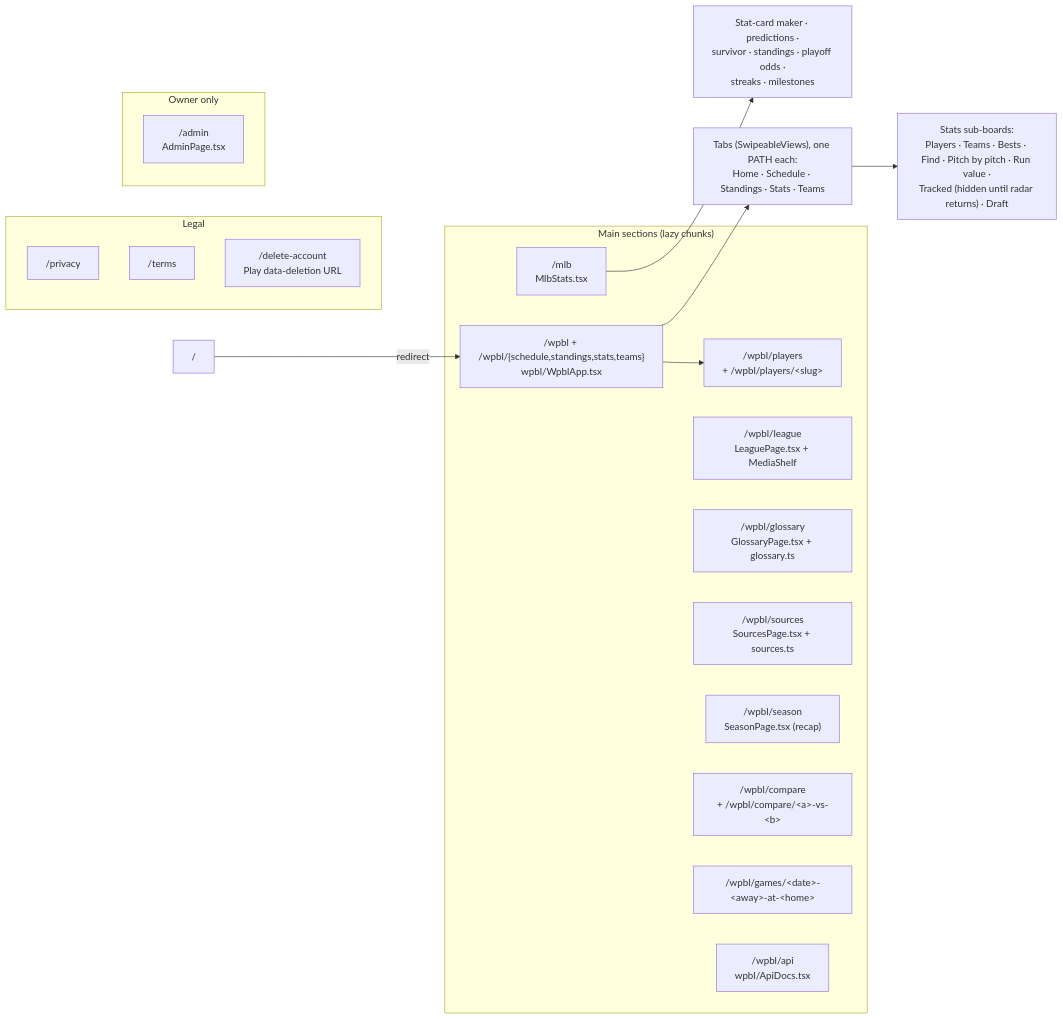
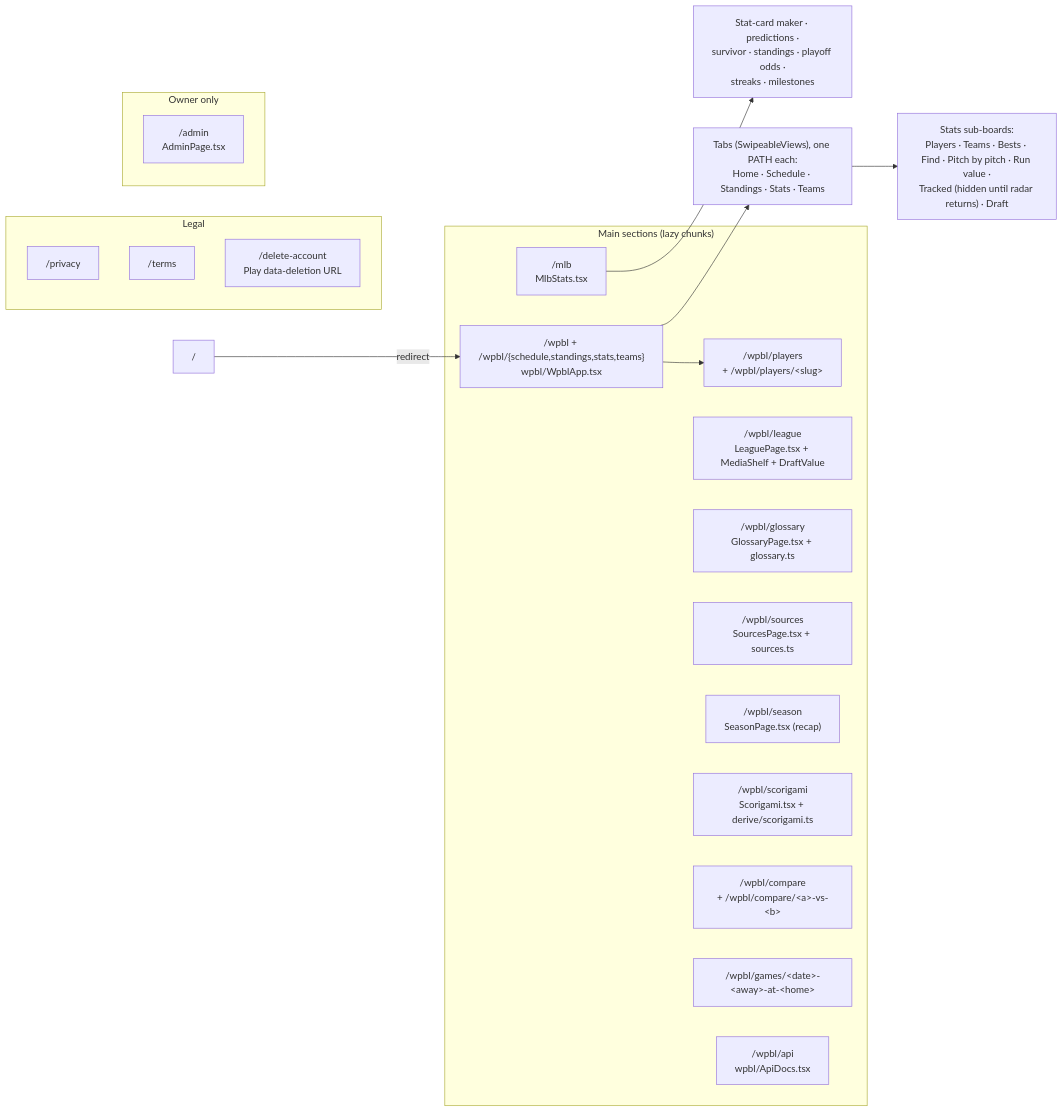
The second of 5 diagrams in ARCHITECTURE.md (sportydolphin/fun), drawn with Mermaid before and after one commit. The commit also changed 15 other files, not shown here.

First line of the commit message:
wpbl: Scorigami page, and move the draft-value model off Stats

````diff
--- a/ARCHITECTURE.md
+++ b/ARCHITECTURE.md
@@ -98,31 +98,32 @@
 ```mermaid
 flowchart LR
     subgraph Main["Main sections (lazy chunks)"]
         mlb["/mlb<br/>MlbStats.tsx"]
         wpbl["/wpbl + /wpbl/{schedule,standings,stats,teams}<br/>wpbl/WpblApp.tsx"]
         wplayers["/wpbl/players<br/>+ /wpbl/players/&lt;slug&gt;"]
-        wleague["/wpbl/league<br/>LeaguePage.tsx + MediaShelf"]
+        wleague["/wpbl/league<br/>LeaguePage.tsx + MediaShelf + DraftValue"]
         wgloss["/wpbl/glossary<br/>GlossaryPage.tsx + glossary.ts"]
         wsrc["/wpbl/sources<br/>SourcesPage.tsx + sources.ts"]
         wseason["/wpbl/season<br/>SeasonPage.tsx (recap)"]
+        wscori["/wpbl/scorigami<br/>Scorigami.tsx + derive/scorigami.ts"]
         wcmp["/wpbl/compare<br/>+ /wpbl/compare/&lt;a&gt;-vs-&lt;b&gt;"]
         wgames["/wpbl/games/&lt;date&gt;-&lt;away&gt;-at-&lt;home&gt;"]
         api["/wpbl/api<br/>wpbl/ApiDocs.tsx"]
     end
 
     subgraph Legal["Legal"]
         priv["/privacy"]
         terms["/terms"]
         del["/delete-account<br/>Play data-deletion URL"]
     end
 
     subgraph Owner["Owner only"]
         adm["/admin<br/>AdminPage.tsx"]
     end
 
     root["/"] -->|redirect| wpbl
     wpbl --> wtabs["Tabs (SwipeableViews), one PATH each:<br/>Home · Schedule · Standings · Stats · Teams"]
     wtabs --> wstats["Stats sub-boards:<br/>Players · Teams · Bests · Find · Pitch by pitch · Run value ·<br/>Tracked (hidden until radar returns) · Draft"]
     wpbl --> wplayers
     mlb --> mtabs["Stat-card maker · predictions ·<br/>survivor · standings · playoff odds ·<br/>streaks · milestones"]
 ```
````
